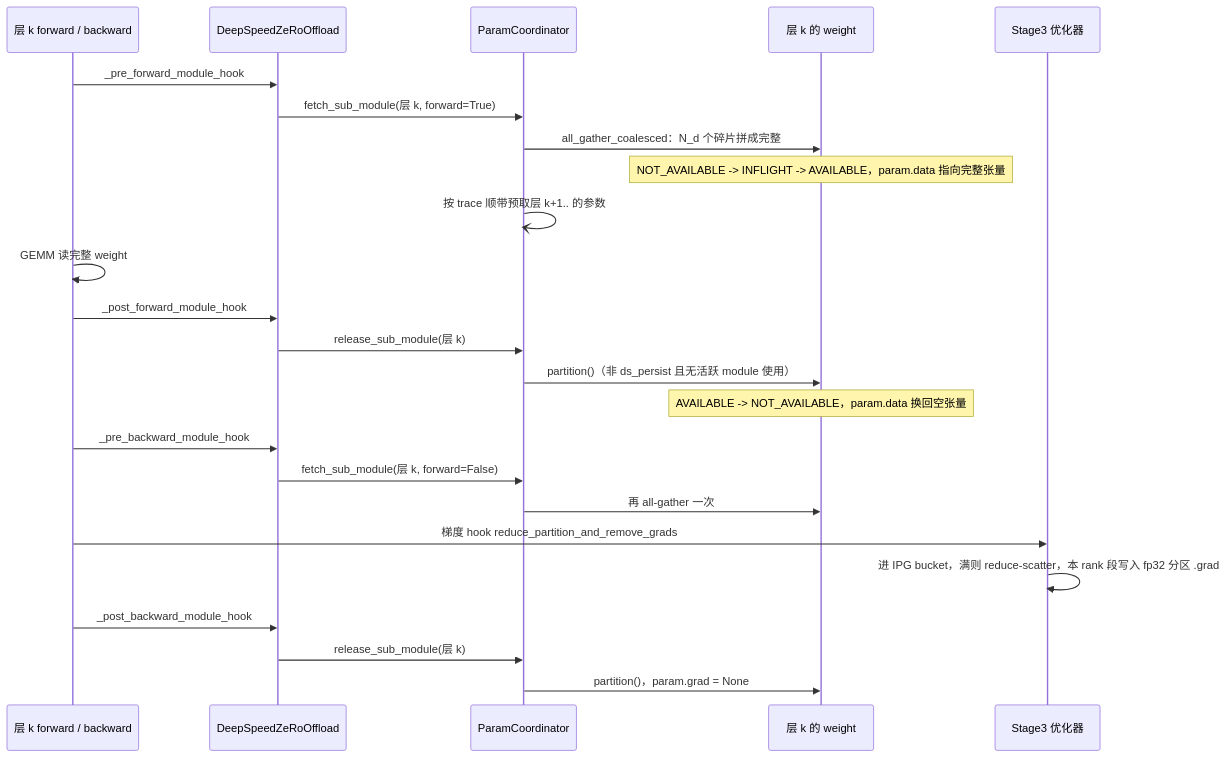
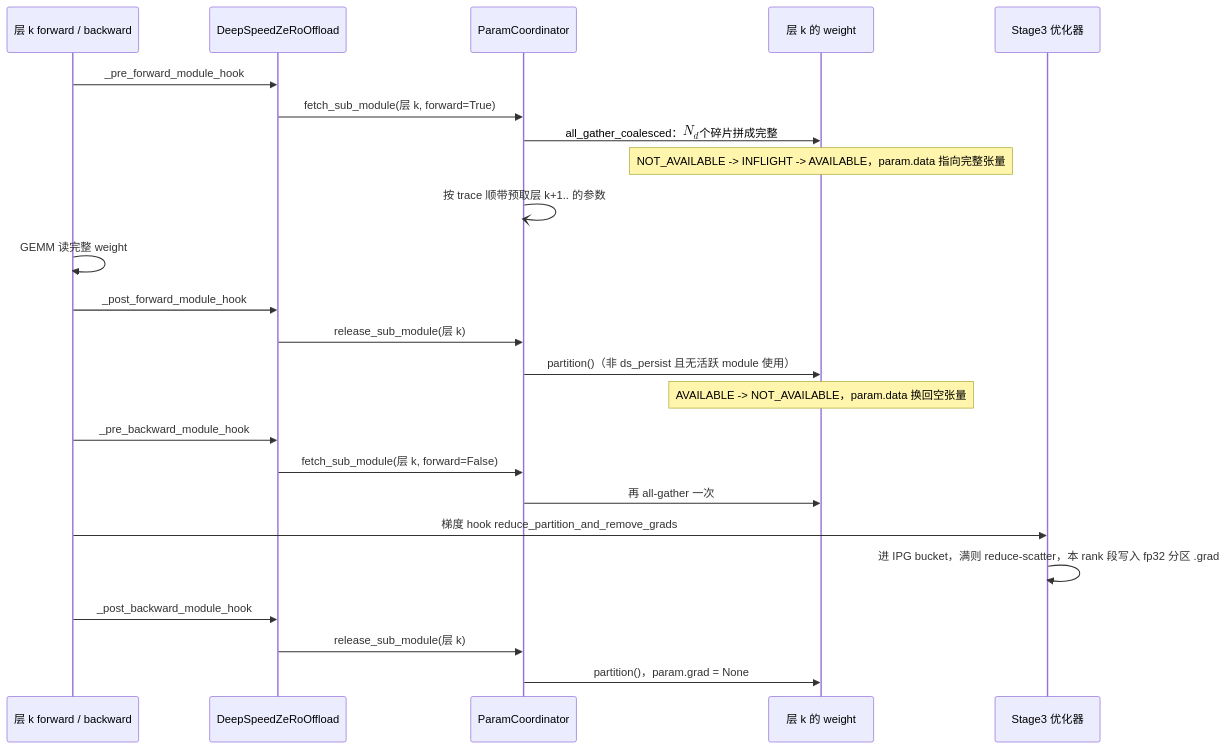
One commit to arganzheng/arganzheng.github.com changed the second of 2 diagrams in _posts/2026-07-18-deepspeed-architecture-and-source-guide.md. Above: the diagram before and after it, drawn with Mermaid. The commit also changed other lines of this file, not shown here.

Commit message:
大规模训练工程（04）：DeepSpeed——从优化器状态切起的架构与源码导读：Mermaid 伪公式改用 KaTeX
Mermaid 里的伪公式（Unicode 上下标、下划线下标、ᵀ、帽子 / 波浪号、希腊字母变量）改为 $$…$$，按正文的写法排版：
- $$1/N_d$$
- $$N_d$$

其中一处在 sequenceDiagram 里（Mermaid 以 MathML 渲染）。

代码名、形状写法、只有 ² 的写法保持原样。

````diff
--- a/_posts/2026-07-18-deepspeed-architecture-and-source-guide.md
+++ b/_posts/2026-07-18-deepspeed-architecture-and-source-guide.md
@@ -317,27 +317,27 @@
 ```mermaid
 %% 图：ZeRO Stage 3 一层的前向与反向：pre-hook 让 ParamCoordinator all-gather 参数，post-hook 释放回分片，ds_status 变化四次
 sequenceDiagram
     participant FW as 层 k forward / backward
     participant HK as DeepSpeedZeRoOffload
     participant PC as ParamCoordinator
     participant P as 层 k 的 weight
     participant Z3 as Stage3 优化器
     FW->>HK: _pre_forward_module_hook
     HK->>PC: fetch_sub_module(层 k, forward=True)
-    PC->>P: all_gather_coalesced：N_d 个碎片拼成完整
+    PC->>P: all_gather_coalesced：$$N_d$$ 个碎片拼成完整
     Note over P: NOT_AVAILABLE -> INFLIGHT -> AVAILABLE，param.data 指向完整张量
     PC-)PC: 按 trace 顺带预取层 k+1.. 的参数
     FW->>FW: GEMM 读完整 weight
     FW->>HK: _post_forward_module_hook
     HK->>PC: release_sub_module(层 k)
     PC->>P: partition()（非 ds_persist 且无活跃 module 使用）
     Note over P: AVAILABLE -> NOT_AVAILABLE，param.data 换回空张量
     FW->>HK: _pre_backward_module_hook
     HK->>PC: fetch_sub_module(层 k, forward=False)
     PC->>P: 再 all-gather 一次
     FW->>Z3: 梯度 hook reduce_partition_and_remove_grads
     Z3->>Z3: 进 IPG bucket，满则 reduce-scatter，本 rank 段写入 fp32 分区 .grad
     FW->>HK: _post_backward_module_hook
     HK->>PC: release_sub_module(层 k)
     PC->>P: partition()，param.grad = None
 ```
````
